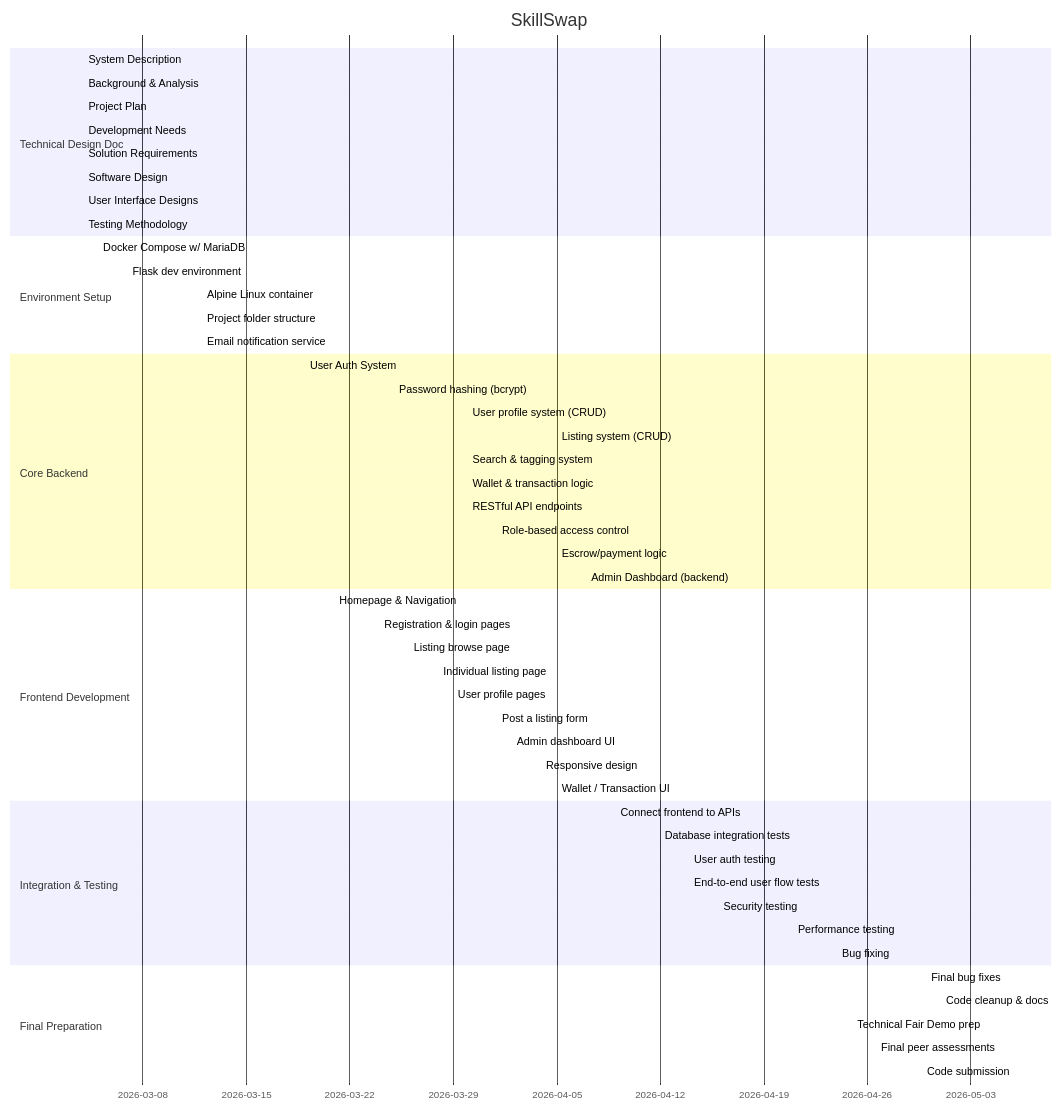
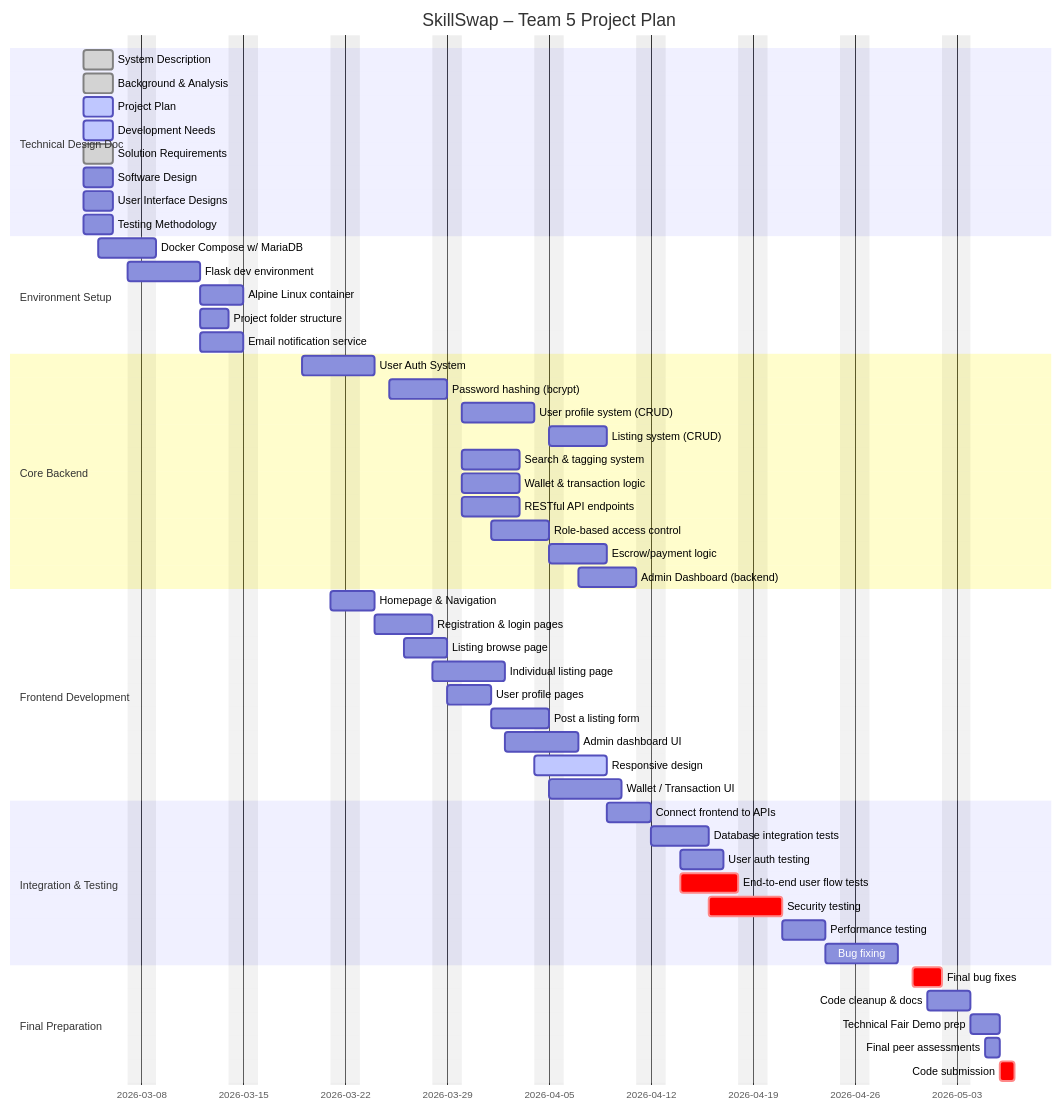
The diagram in gantt.md (amnexya/SkillSwap), drawn with Mermaid before and after one commit.

Commit message:
Update gantt.md
fixed errors

````diff
--- a/gantt.md
+++ b/gantt.md
@@ -1,61 +1,62 @@
 ```mermaid
 gantt
-    title SkillSwap
-    dateFormat  DD-MM-YYYY
+    title SkillSwap – Team 5 Project Plan
+    dateFormat  YYYY-MM-DD
+    excludes    weekends
 
     section Technical Design Doc
     System Description          :done,    td1, 2026-03-04, 2026-03-06
     Background & Analysis       :done,    td2, 2026-03-04, 2026-03-06
     Project Plan                :active,  td3, 2026-03-04, 2026-03-06
     Development Needs           :active,  td4, 2026-03-04, 2026-03-06
     Solution Requirements       :done,    td5, 2026-03-04, 2026-03-06
     Software Design             :         td6, 2026-03-04, 2026-03-06
     User Interface Designs      :         td7, 2026-03-04, 2026-03-06
     Testing Methodology         :         td8, 2026-03-04, 2026-03-06
 
     section Environment Setup
     Docker Compose w/ MariaDB   :         es1, 2026-03-05, 2026-03-09
     Flask dev environment       :         es2, 2026-03-07, 2026-03-12
     Alpine Linux container      :         es3, 2026-03-12, 2026-03-15
     Project folder structure    :         es4, 2026-03-12, 2026-03-14
     Email notification service  :         es5, 2026-03-12, 2026-03-15
 
     section Core Backend
     User Auth System            :         be1, 2026-03-19, 2026-03-24
     Password hashing (bcrypt)   :         be2, 2026-03-25, 2026-03-29
     User profile system (CRUD)  :         be3, 2026-03-30, 2026-04-04
     Listing system (CRUD)       :         be4, 2026-04-05, 2026-04-09
     Search & tagging system     :         be5, 2026-03-30, 2026-04-03
     Wallet & transaction logic  :         be6, 2026-03-30, 2026-04-03
     RESTful API endpoints       :         be7, 2026-03-30, 2026-04-03
     Role-based access control   :         be8, 2026-04-01, 2026-04-05
     Escrow/payment logic        :         be9, 2026-04-05, 2026-04-09
     Admin Dashboard (backend)   :         be10, 2026-04-07, 2026-04-11
 
     section Frontend Development
     Homepage & Navigation       :         fe1, 2026-03-21, 2026-03-24
     Registration & login pages  :         fe2, 2026-03-24, 2026-03-28
     Listing browse page         :         fe3, 2026-03-26, 2026-03-29
     Individual listing page     :         fe4, 2026-03-28, 2026-04-02
     User profile pages          :         fe5, 2026-03-29, 2026-04-01
     Post a listing form         :         fe6, 2026-04-01, 2026-04-05
     Admin dashboard UI          :         fe7, 2026-04-02, 2026-04-07
     Responsive design           :active,  fe8, 2026-04-04, 2026-04-09
     Wallet / Transaction UI     :         fe9, 2026-04-05, 2026-04-10
 
     section Integration & Testing
     Connect frontend to APIs    :         it1, 2026-04-09, 2026-04-12
     Database integration tests  :         it2, 2026-04-12, 2026-04-16
     User auth testing           :         it3, 2026-04-14, 2026-04-17
     End-to-end user flow tests  :crit,    it4, 2026-04-14, 2026-04-18
     Security testing            :crit,    it5, 2026-04-16, 2026-04-21
     Performance testing         :         it6, 2026-04-21, 2026-04-24
     Bug fixing                  :         it7, 2026-04-24, 2026-04-29
 
     section Final Preparation
     Final bug fixes             :crit,    fp1, 2026-04-30, 2026-05-02
     Code cleanup & docs         :         fp2, 2026-05-01, 2026-05-04
     Technical Fair Demo prep    :         fp3, 2026-05-04, 2026-05-06
     Final peer assessments      :         fp4, 2026-05-05, 2026-05-06
     Code submission             :crit,    fp5, 2026-05-06, 2026-05-07
 ```
````
